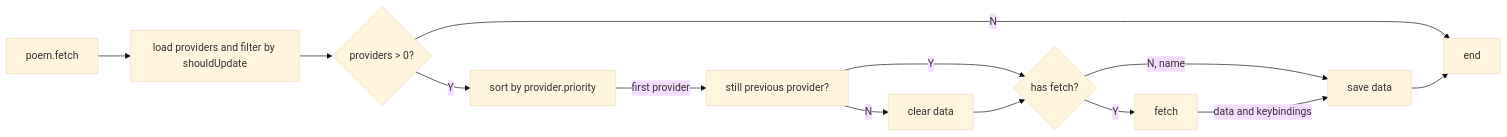
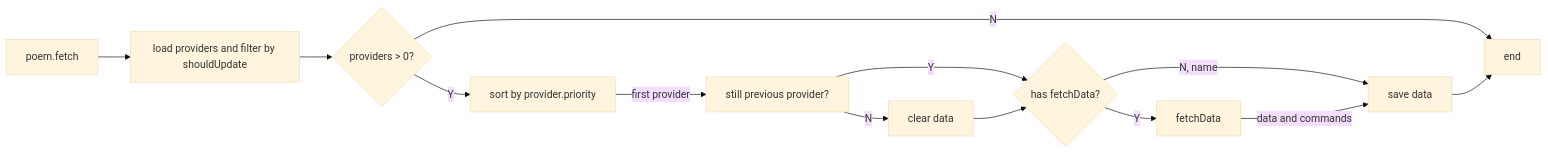
Before and after one commit to EverSeenTOTOTO/coc-poem: the second of 2 diagrams in README.md, drawn with Mermaid (base theme). The commit also changed other lines of this file and 5 other files, not shown here.

````diff
--- a/README.md
+++ b/README.md
@@ -54,15 +54,15 @@
 ```mermaid
 flowchart LR
     fetch[poem.fetch] --> loadProvidrs[load providers and filter by shouldUpdate]
     loadProvidrs --> hasProvider{providers > 0?}
     hasProvider -- N --> pass[end]
     hasProvider -- Y --> selectFirst[sort by provider.priority]
     selectFirst -- first provider --> isSame[still previous provider?]
     isSame -- N --> clearData[clear data]
-    isSame -- Y --> hasFetch{has fetch?}
+    isSame -- Y --> hasFetch{has fetchData?}
     clearData --> hasFetch
-    hasFetch -- Y --> runFetch[fetch]
+    hasFetch -- Y --> runFetch[fetchData]
     hasFetch -- N, name --> updateData[save data]
-    runFetch -- data and keybindings --> updateData
+    runFetch -- data and commands --> updateData
     updateData --> pass
 ```
````
